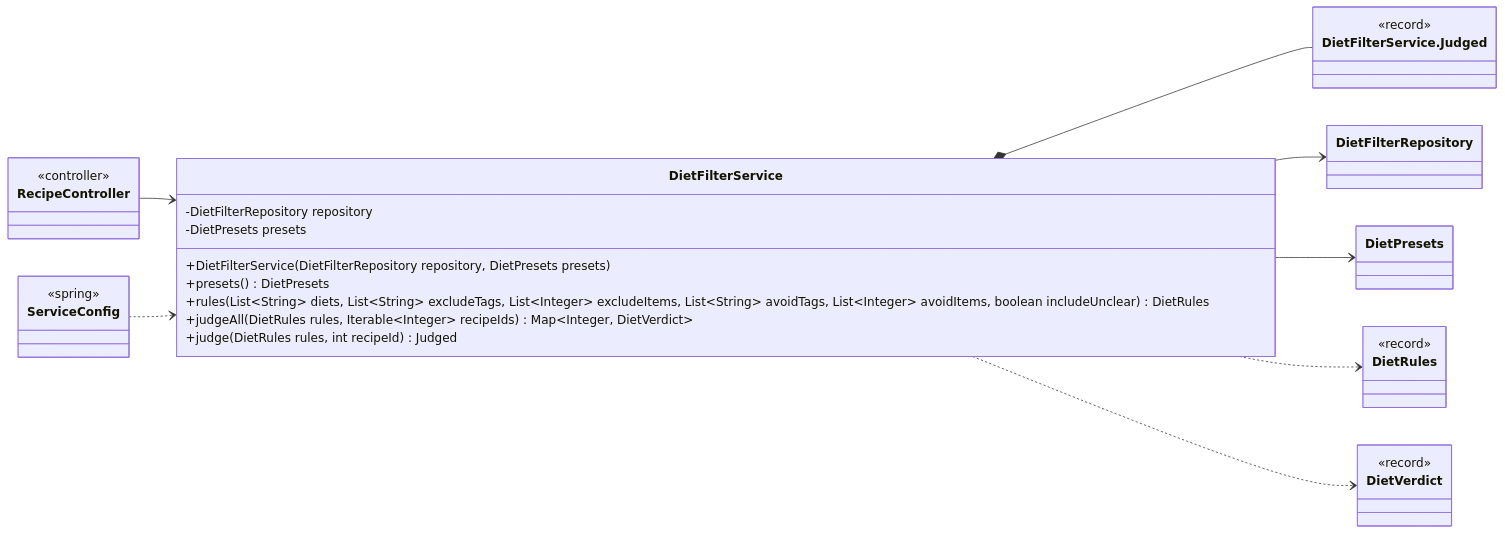
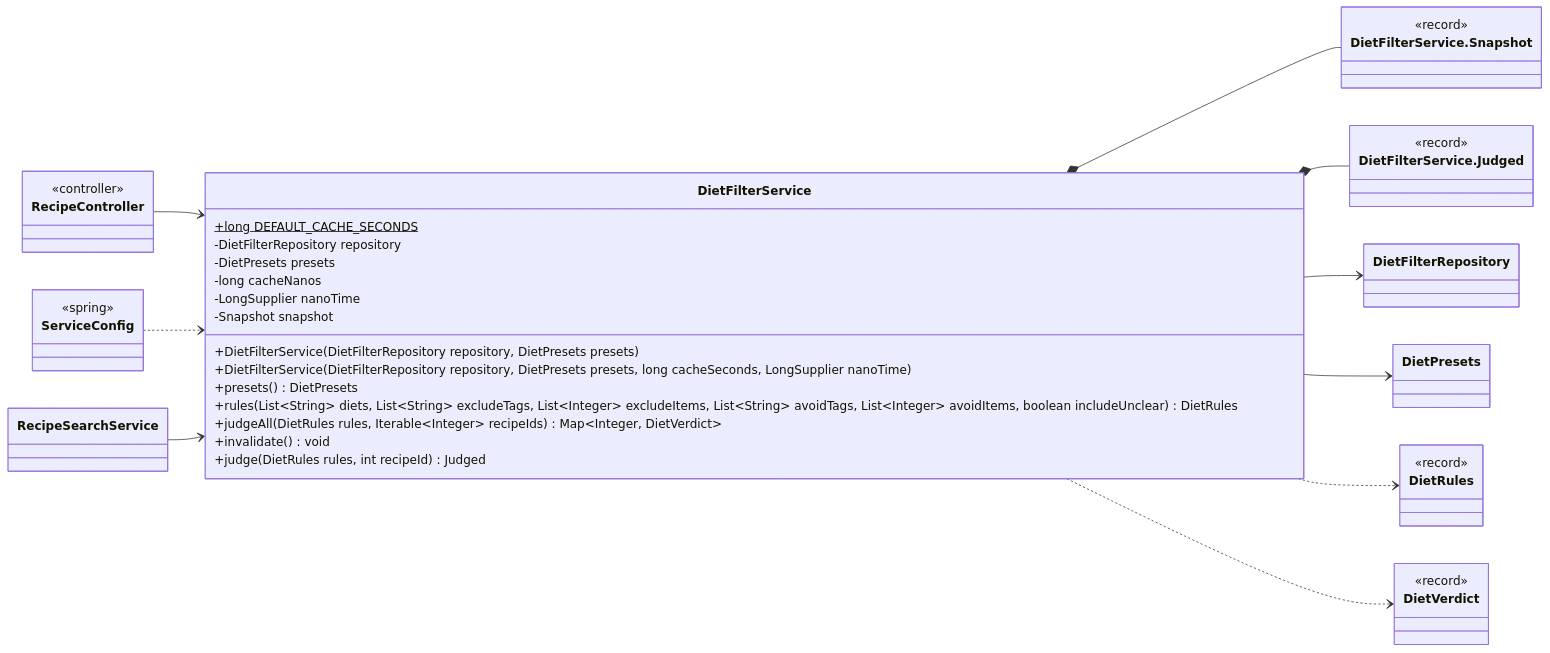
One commit to Nate-ryan-7690/dahaem changed the third of 15 diagrams in docs/classes/diet.md. Above: the diagram before and after it, drawn with Mermaid. The commit also changed other lines of this file and 35 other files, not shown here.

First line of the commit message:
Recipe search and paging for GET /api/recipes

````diff
--- a/docs/classes/diet.md
+++ b/docs/classes/diet.md
@@ -144,37 +158,49 @@
 ```mermaid
 classDiagram
     direction LR
     class diet_DietFilterService["DietFilterService"] {
+        +long DEFAULT_CACHE_SECONDS$
         -DietFilterRepository repository
         -DietPresets presets
+        -long cacheNanos
+        -LongSupplier nanoTime
+        -Snapshot snapshot
         +DietFilterService(DietFilterRepository repository, DietPresets presets)
+        +DietFilterService(DietFilterRepository repository, DietPresets presets, long cacheSeconds, LongSupplier nanoTime)
         +presets() DietPresets
         +rules(List~String~ diets, List~String~ excludeTags, List~Integer~ excludeItems, List~String~ avoidTags, List~Integer~ avoidItems, boolean includeUnclear) DietRules
         +judgeAll(DietRules rules, Iterable~Integer~ recipeIds) Map~Integer, DietVerdict~
+        +invalidate() void
         +judge(DietRules rules, int recipeId) Judged
+    }
+    class diet_DietFilterService_Snapshot["DietFilterService.Snapshot"] {
+        <<record>>
     }
     class diet_DietFilterService_Judged["DietFilterService.Judged"] {
         <<record>>
     }
     class diet_DietFilterRepository["DietFilterRepository"]
     class diet_DietPresets["DietPresets"]
     class api_RecipeController["RecipeController"] {
         <<controller>>
     }
+    class mealplanner_RecipeSearchService["RecipeSearchService"]
     class diet_DietRules["DietRules"] {
         <<record>>
     }
     class diet_DietVerdict["DietVerdict"] {
         <<record>>
     }
     class api_ServiceConfig["ServiceConfig"] {
         <<spring>>
     }
+    diet_DietFilterService *-- diet_DietFilterService_Snapshot
     diet_DietFilterService *-- diet_DietFilterService_Judged
     diet_DietFilterService --> diet_DietFilterRepository
     diet_DietFilterService --> diet_DietPresets
     diet_DietFilterService ..> diet_DietRules
     diet_DietFilterService ..> diet_DietVerdict
     api_RecipeController --> diet_DietFilterService
     api_ServiceConfig ..> diet_DietFilterService
+    mealplanner_RecipeSearchService --> diet_DietFilterService
 ```
````
